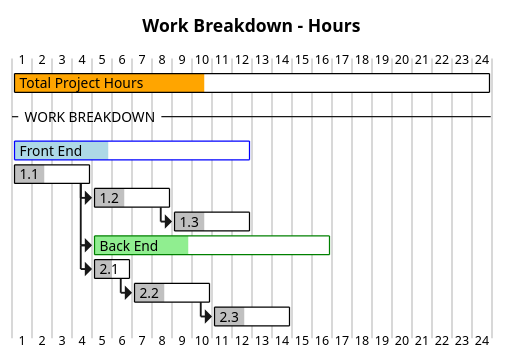
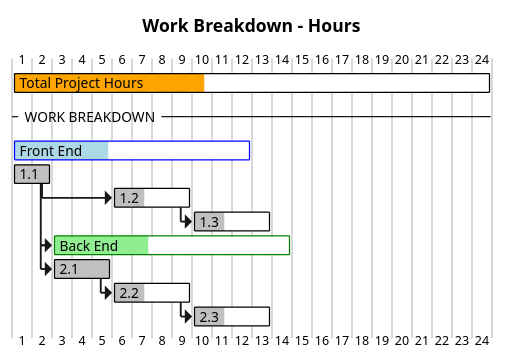
The third of 3 diagrams in week-05/DontWreckMyHouse/README.md (Miro-Stojanovic97/mirostoj-exercises-assessments), drawn with PlantUML before and after one commit. The commit also changed other lines of this file and 3 other files, not shown here.

````diff
--- a/week-05/DontWreckMyHouse/README.md
+++ b/week-05/DontWreckMyHouse/README.md
@@ -192,38 +199,38 @@
 ```plantuml
 @startgantt
 title Work Breakdown - Hours
 
 /' Days in Gantt format below = Hours in project IRL '/
 
 [Total Project Hours] lasts 24 days
 [Total Project Hours] is colored in orange/black
 [Total Project Hours] is 40% complete
 --WORK BREAKDOWN --
 [Front End] lasts 12 days
 [Front End] is colored in lightblue/blue
 [Front End] is 40% complete
-    [1.1] lasts 4 days
+    [1.1] lasts 2 days
         [1.1] is colored in silver/black
-        [1.1] is 40% completed
-    [1.2] starts at [1.1]'s end and lasts 4 days
+        [1.1] is 100% completed
+    [1.2] starts 3 days after [1.1]'s end and lasts 4 days
         [1.2] is colored in silver/black
         [1.2] is 40% completed
     [1.3] starts at [1.2]'s end and lasts 4 days
         [1.3] is colored in silver/black
         [1.3] is 40% completed
     
 [Back End] starts at [1.1]'s end and lasts 12 days
 [Back End] is colored in lightgreen/green
 [Back End] is 40% completed
-    [2.1] starts at [Back End]'s start and lasts 2 days
+    [2.1] starts at [Back End]'s start and lasts 3 days
         [2.1] is colored in silver/black
-        [2.1] is 50% complete
+        [2.1] is 100% complete
     [2.2] starts at [2.1]'s end and lasts 4 days
         [2.2] is colored in silver/black
         [2.2] is 40% complete
     [2.3] starts at [2.2]'s end and lasts 4 days
         [2.3] is colored in silver/black
         [2.3] is 40% complete
 
 @endgantt
 ```
````
